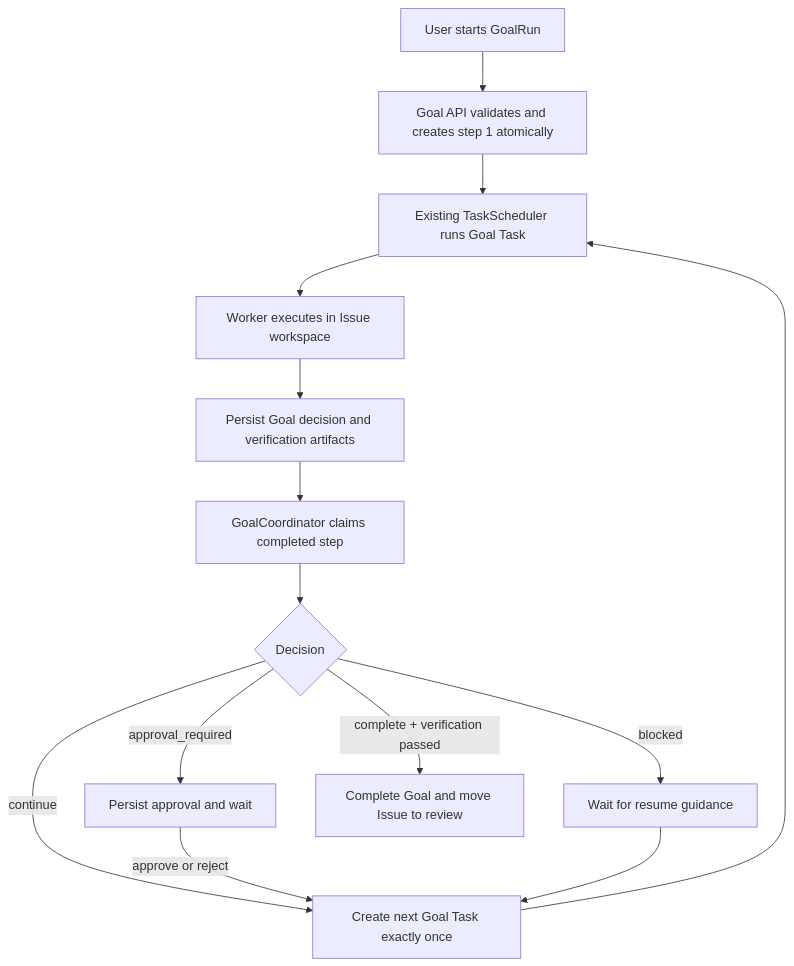
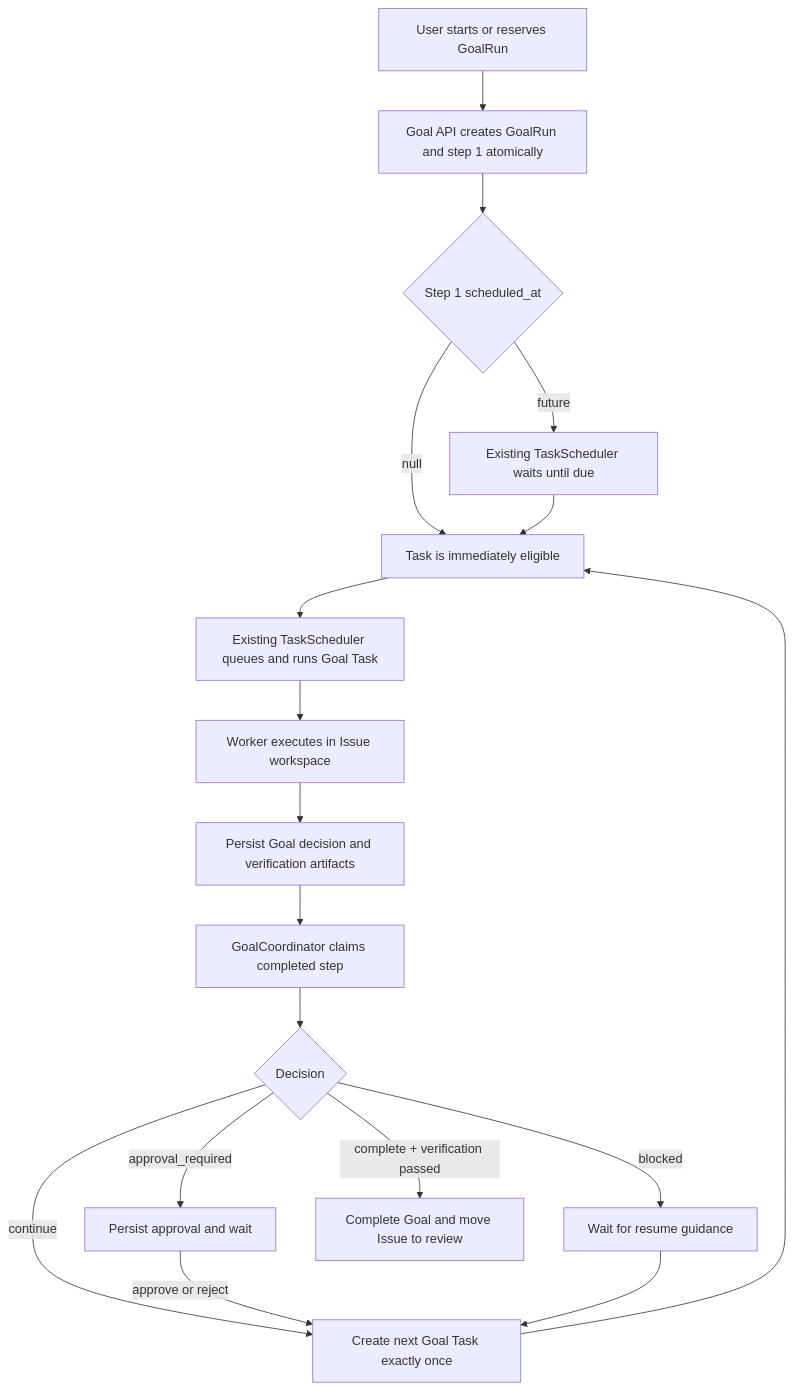
Before and after one commit to EeeMt/gitlab-issue-to-mr: the second of 2 diagrams in docs/superpowers/specs/2026-07-18-serial-goal-mode-design.md, drawn with Mermaid. The commit also changed other lines of this file, not shown here.

Commit message:
Document scheduled GoalRun execution semantics

````diff
--- a/docs/superpowers/specs/2026-07-18-serial-goal-mode-design.md
+++ b/docs/superpowers/specs/2026-07-18-serial-goal-mode-design.md
@@ -615,16 +779,20 @@
 ```mermaid
 flowchart TD
-    A["User starts GoalRun"] --> B["Goal API validates and creates step 1 atomically"]
-    B --> C["Existing TaskScheduler runs Goal Task"]
-    C --> D["Worker executes in Issue workspace"]
+    A["User starts or reserves GoalRun"] --> B["Goal API creates GoalRun and step 1 atomically"]
+    B --> S{"Step 1 scheduled_at"}
+    S -->|"future"| W["Existing TaskScheduler waits until due"]
+    S -->|"null"| C["Task is immediately eligible"]
+    W --> C
+    C --> Q["Existing TaskScheduler queues and runs Goal Task"]
+    Q --> D["Worker executes in Issue workspace"]
     D --> E["Persist Goal decision and verification artifacts"]
     E --> F["GoalCoordinator claims completed step"]
     F --> G{"Decision"}
     G -->|continue| H["Create next Goal Task exactly once"]
     H --> C
     G -->|approval_required| I["Persist approval and wait"]
     I -->|approve or reject| H
     G -->|blocked| J["Wait for resume guidance"]
     J --> H
     G -->|complete + verification passed| K["Complete Goal and move Issue to review"]
 ```
````
